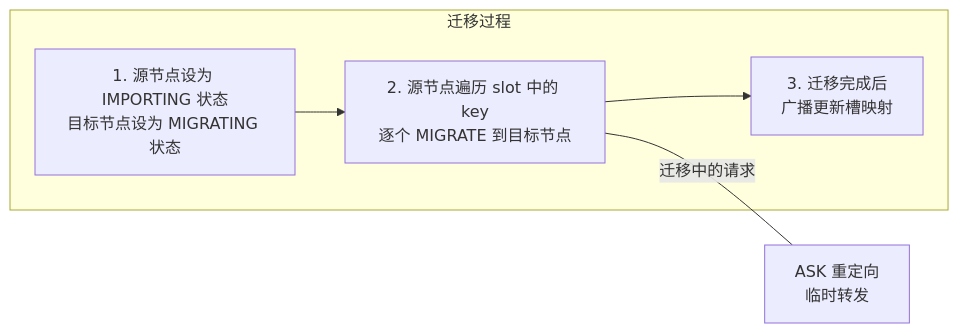
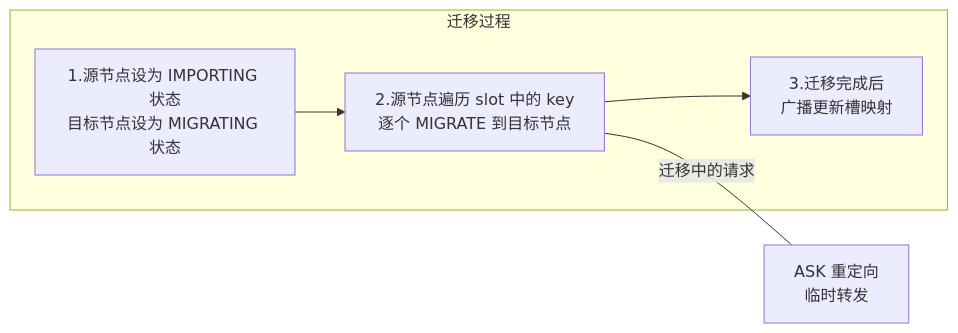
One commit to gelald/javrin changed the ninth of 9 diagrams in docs/writings/Redis/Redis-high-availability.md. Above: the diagram before and after it, drawn with Mermaid. The commit also changed other lines of this file and 1 other file, not shown here.

````diff
--- a/docs/writings/Redis/Redis-high-availability.md
+++ b/docs/writings/Redis/Redis-high-availability.md
@@ -509,12 +505,12 @@
 ```mermaid
 flowchart LR
     subgraph 迁移过程
-        S1[1. 源节点设为 IMPORTING 状态<br/>目标节点设为 MIGRATING 状态]
-        S2[2. 源节点遍历 slot 中的 key<br/>逐个 MIGRATE 到目标节点]
-        S3[3. 迁移完成后<br/>广播更新槽映射]
+        S1[1.源节点设为 IMPORTING 状态<br/>目标节点设为 MIGRATING 状态]
+        S2[2.源节点遍历 slot 中的 key<br/>逐个 MIGRATE 到目标节点]
+        S3[3.迁移完成后<br/>广播更新槽映射]
     end
 
     S1 --> S2 --> S3
 
     S2 --- |迁移中的请求| R1[ASK 重定向<br/>临时转发]
 ```
````
